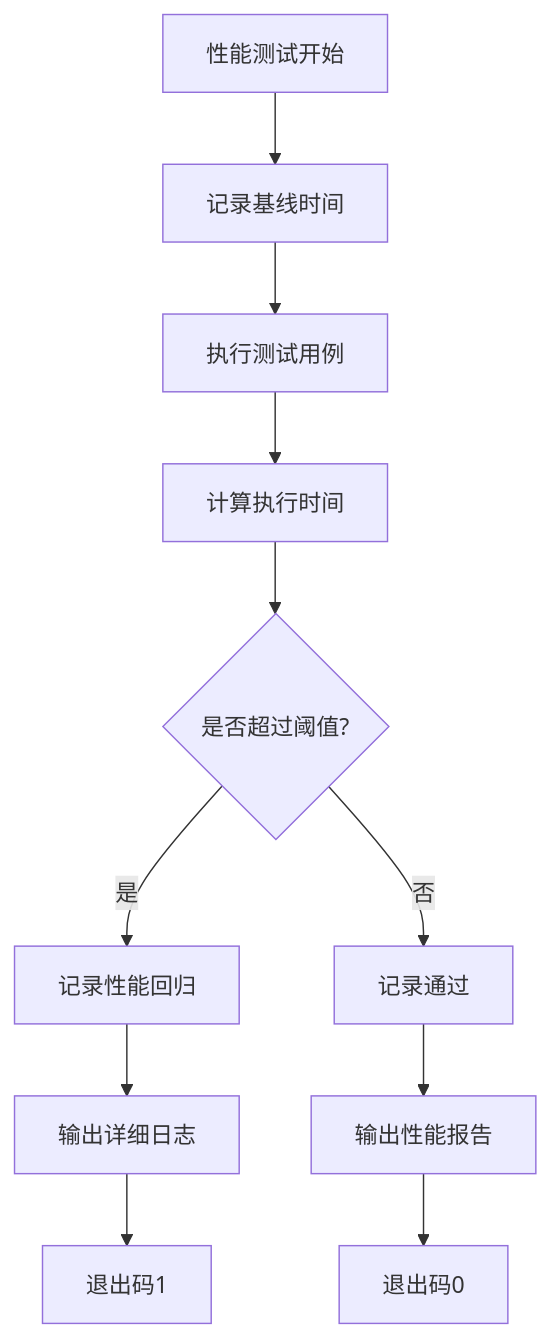
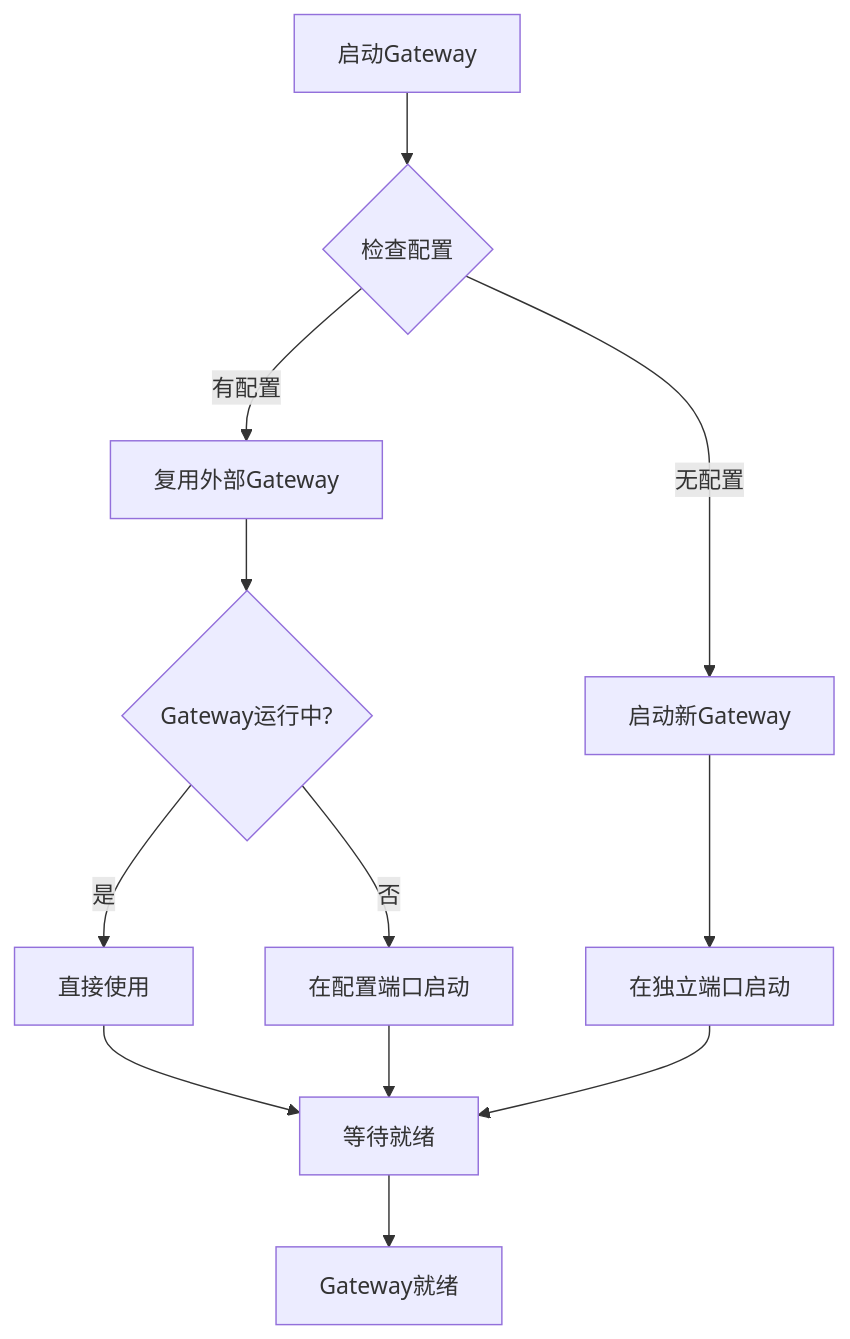
Before and after one commit to verse-ai-org/openclaw: the fourth of 8 diagrams in .qoder/repowiki/zh/content/核心概念/Electron应用增强.md, drawn with Mermaid. The commit also changed other lines of this file and 12 other files, not shown here.

````diff
--- a/.qoder/repowiki/zh/content/核心概念/Electron应用增强.md
+++ b/.qoder/repowiki/zh/content/核心概念/Electron应用增强.md
@@ -1039,13 +150,14 @@
 ```mermaid
 flowchart TD
-A[性能测试开始] --> B[记录基线时间]
-B --> C[执行测试用例]
-C --> D[计算执行时间]
-D --> E{是否超过阈值?}
-E --> |是| F[记录性能回归]
-E --> |否| G[记录通过]
-F --> H[输出详细日志]
-G --> I[输出性能报告]
-H --> J[退出码1]
-I --> K[退出码0]
+A[启动Gateway] --> B{检查配置}
+B --> |有配置| C[复用外部Gateway]
+B --> |无配置| D[启动新Gateway]
+C --> E{Gateway运行中?}
+E --> |是| F[直接使用]
+E --> |否| G[在配置端口启动]
+D --> H[在独立端口启动]
+F --> I[等待就绪]
+G --> I
+H --> I
+I --> J[Gateway就绪]
 ```
````
